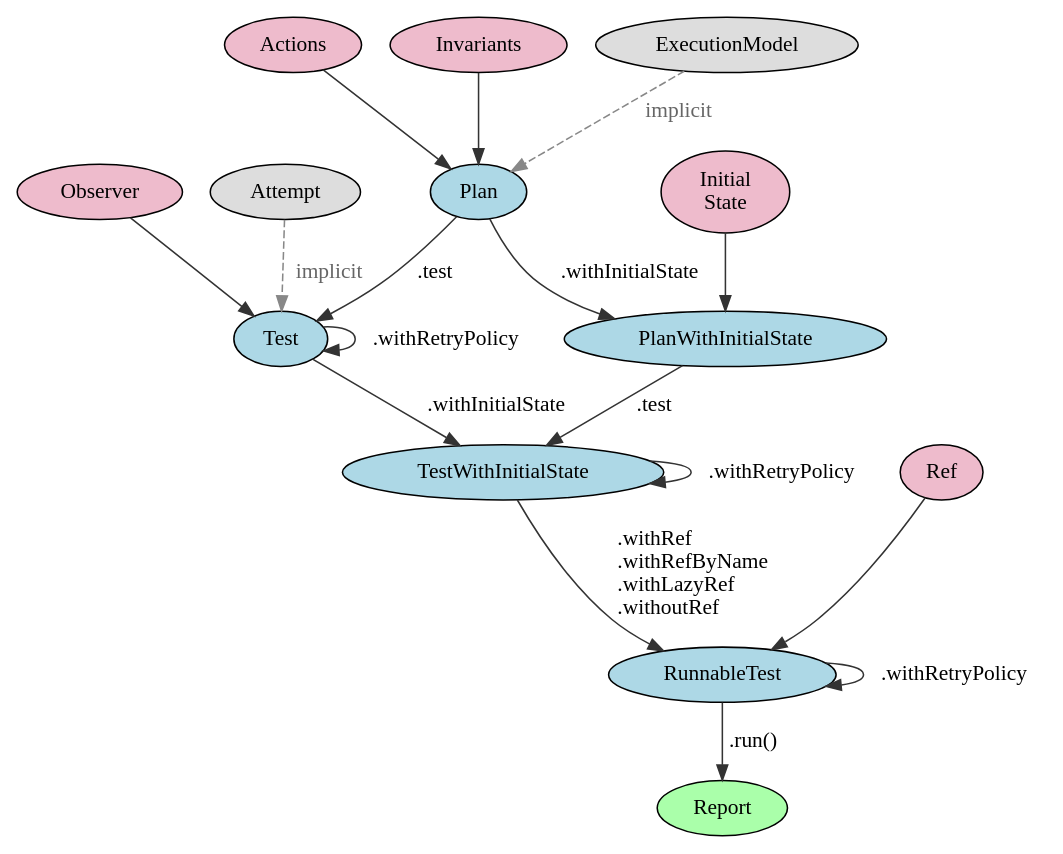
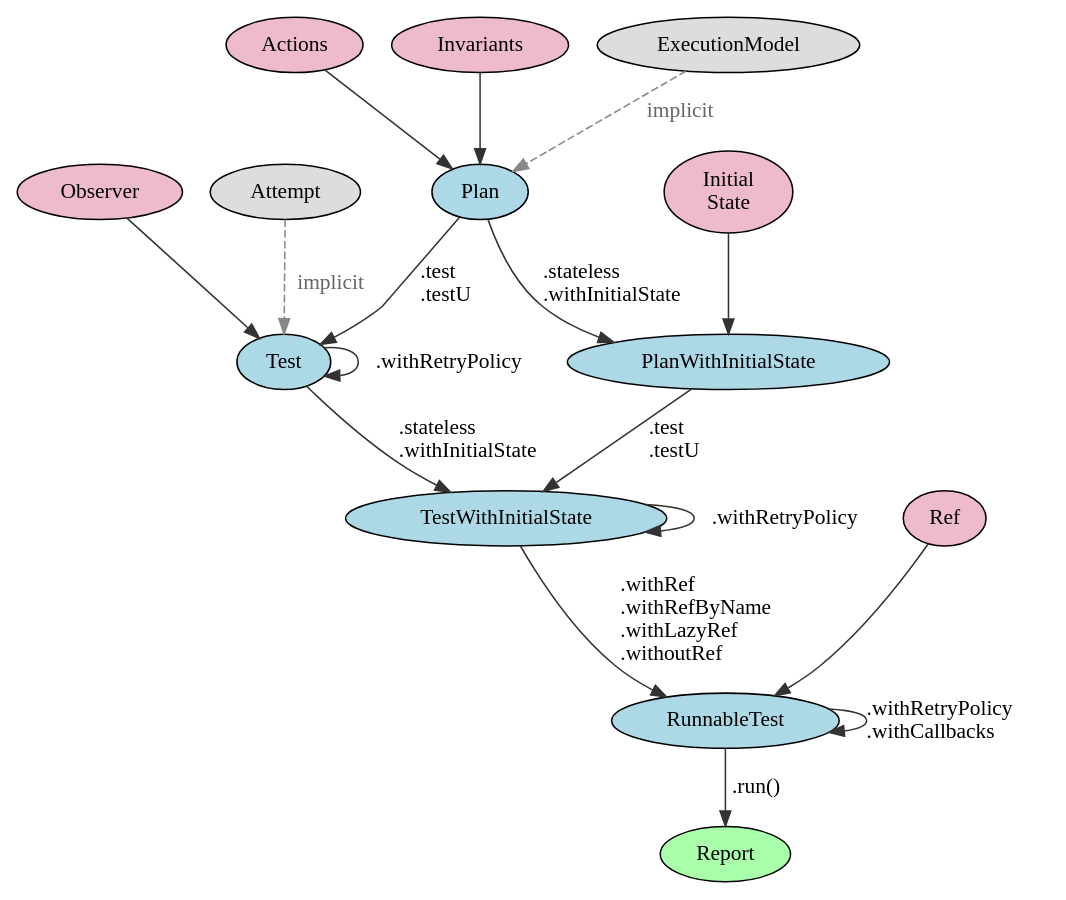
One commit to japgolly/test-state changed the diagram in doc/runner.gv. Above: the diagram before and after it, drawn with Graphviz. The commit also changed 1 other file, not shown here.

```diff
--- a/doc/runner.gv
+++ b/doc/runner.gv
@@ -1,51 +1,51 @@
 digraph G {
 edge[color="#333333"]
 
 // Provided by user
 { node[style=filled fillcolor="#eebbcc"]
   a [label="Actions"]
   i [label="Invariants"]
   is [label="Initial\nState"]
   o [label="Observer"]
   ref [label="Ref"]
 }
 
 // Nearly always provided automatically
 { node[style=filled fillcolor="#dddddd"]
   r [label="Attempt"]
   em [label="ExecutionModel"]
 }
 
 
 // Aggregation types
 { node[style=filled fillcolor=lightblue]
   plan [label="Plan"]
   planS [label="PlanWithInitialState"]
   test [label="Test"]
   testS [label="TestWithInitialState"]
   testR [label="RunnableTest"]
 }
 
 run [label="Report" style=filled fillcolor="#aaffaa"]
 
 {edge[style=dashed color="#888888" fontcolor="#666666" label=" implicit"]
 r -> test
 em -> plan
 }
 
 a,i -> plan
 is -> planS
 o -> test
-plan -> planS [label=".withInitialState"]
-plan -> test [label=".test"]
-planS -> testS [label=".test"]
-test -> testS [label=".withInitialState"]
+plan -> planS [label=".stateless\l.withInitialState\l"]
+plan -> test [label=".test\l.testU\l"]
+planS -> testS [label=".test\l.testU\l"]
+test -> testS [label=".stateless\l.withInitialState\l"]
 
 ref -> testR
 testS -> testR [label="  .withRef\l  .withRefByName\l  .withLazyRef\l  .withoutRef\l"]
 testR -> run [label=".run()"]
 
 test -> test [label=".withRetryPolicy"]
 testS -> testS [label=".withRetryPolicy"]
-testR -> testR [label=".withRetryPolicy"]
+testR -> testR [label=".withRetryPolicy\l.withCallbacks\l"]
 }
```
